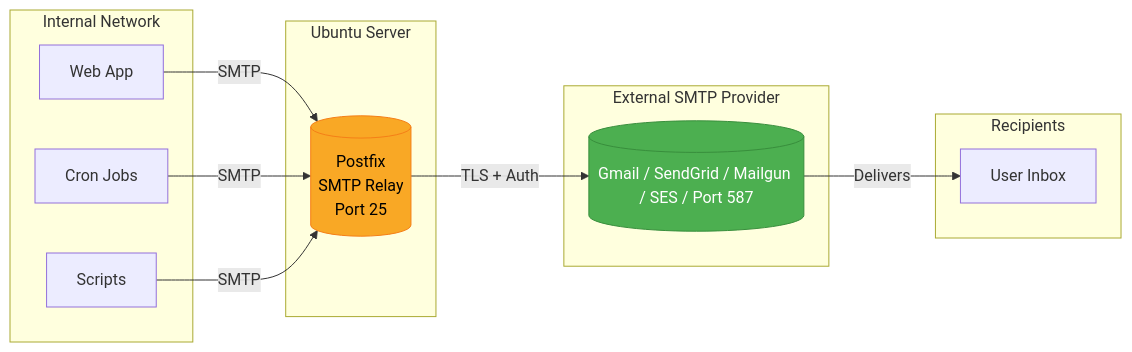
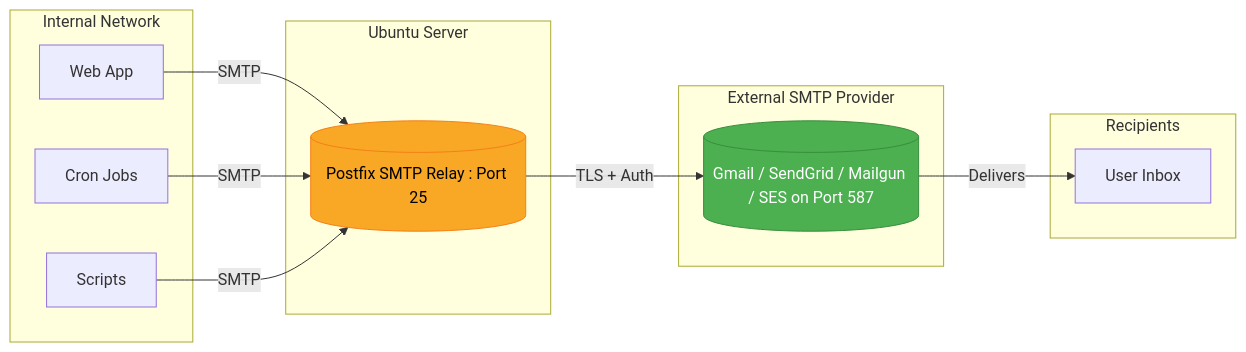
Before and after one commit to Buddhika-Kuruppu/postfix-smtp-relay: the first of 4 diagrams in README.md, drawn with Mermaid.

Commit message:
Update SMTP relay and external provider descriptions

````diff
--- a/README.md
+++ b/README.md
@@ -7,29 +7,29 @@
 ```mermaid
 flowchart LR
     subgraph Internal["Internal Network"]
         A[Web App]
         B[Cron Jobs]
         C[Scripts]
     end
 
     subgraph Server["Ubuntu Server"]
-        D[("Postfix\nSMTP Relay\nPort 25")]
+        D[("Postfix SMTP Relay : Port 25")]
     end
 
     subgraph External["External SMTP Provider"]
-        E[("Gmail / SendGrid / Mailgun / SES / Port 587")]
+        E[("Gmail / SendGrid / Mailgun / SES on Port 587")]
     end
 
     subgraph Recipients["Recipients"]
         F[User Inbox]
     end
 
     A -->|SMTP| D
     B -->|SMTP| D
     C -->|SMTP| D
     D -->|TLS + Auth| E
     E -->|Delivers| F
 
     style D fill:#f9a825,stroke:#f57f17,color:#000
     style E fill:#4caf50,stroke:#388e3c,color:#fff
 ```
````
